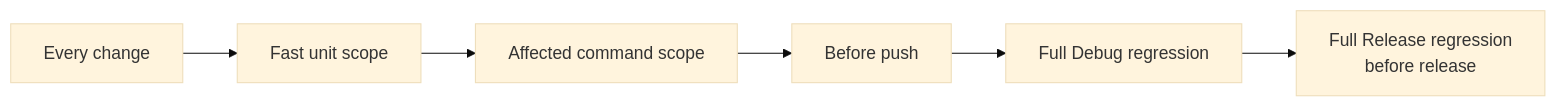
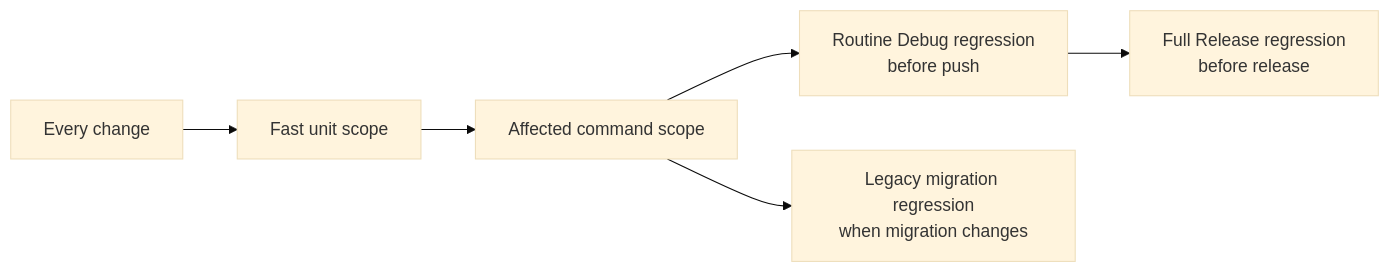
The diagram in docs/development.md (ferrywlto/ai-env-as-code), drawn with Mermaid (base theme) before and after one commit. The commit also changed other lines of this file and 104 other files, not shown here.

First line of the commit message:
Make the AEC routine regression suite faster and more reliable (#20)

````diff
--- a/docs/development.md
+++ b/docs/development.md
@@ -9,8 +9,8 @@
 ```mermaid
 flowchart LR
     Change["Every change"] --> Unit["Fast unit scope"]
     Unit --> Focused["Affected command scope"]
-    Focused --> Push["Before push"]
-    Push --> Full["Full Debug regression"]
-    Full --> Release["Full Release regression<br/>before release"]
+    Focused --> Routine["Routine Debug regression<br/>before push"]
+    Focused --> Legacy["Legacy migration regression<br/>when migration changes"]
+    Routine --> Release["Full Release regression<br/>before release"]
 ```
````
